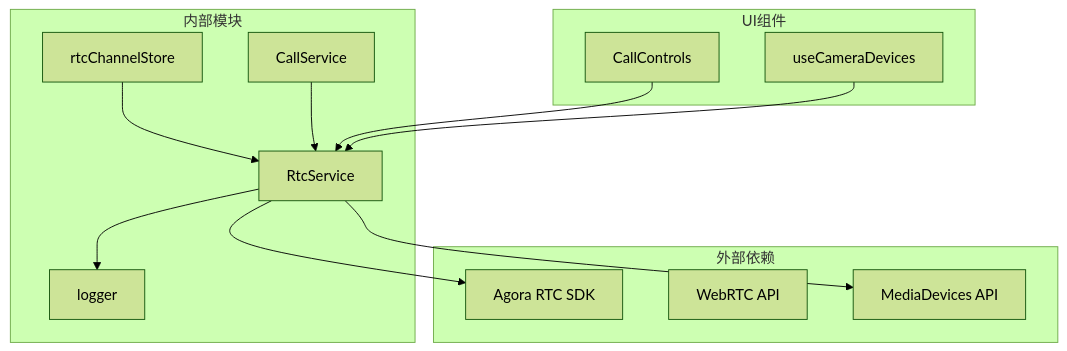
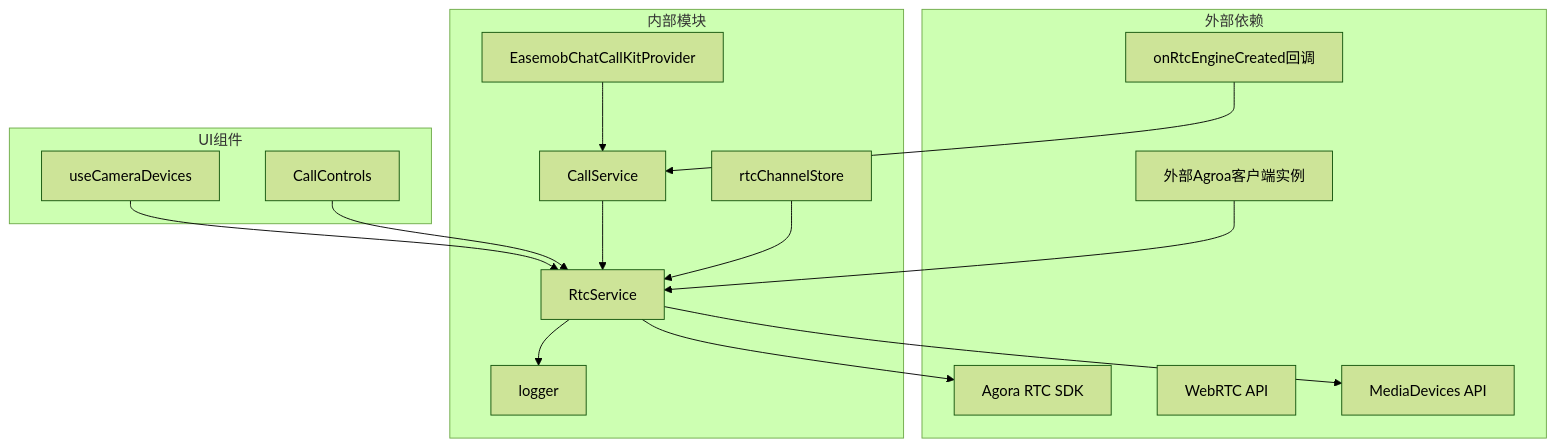
Diagram 15 of 16 in .qoder/repowiki/zh/content/服务层/音视频服务 (RtcService).md (Easemob-Community/easemob-uikit-callkit-vue3), drawn with Mermaid (forest theme) before and after one commit. The commit also changed other lines of this file and 6 other files, not shown here.

````diff
--- a/.qoder/repowiki/zh/content/服务层/音视频服务 (RtcService).md
+++ b/.qoder/repowiki/zh/content/服务层/音视频服务 (RtcService).md
@@ -470,25 +592,31 @@
 ```mermaid
 graph TB
 subgraph "外部依赖"
 Agora[Agora RTC SDK]
 WebRTC[WebRTC API]
 MediaDevices[MediaDevices API]
+ExternalClient[外部Agroa客户端实例]
+onRtcEngineCreated[onRtcEngineCreated回调]
 end
 subgraph "内部模块"
 RtcService[RtcService]
 RtcChannelStore[rtcChannelStore]
 CallService[CallService]
 Logger[logger]
+EasemobProvider[EasemobChatCallKitProvider]
 end
 subgraph "UI组件"
 CallControls[CallControls]
 useCameraDevices[useCameraDevices]
 end
 RtcService --> Agora
 RtcService --> MediaDevices
 RtcChannelStore --> RtcService
 CallService --> RtcService
 CallControls --> RtcService
 useCameraDevices --> RtcService
 RtcService --> Logger
+EasemobProvider --> CallService
+ExternalClient --> RtcService
+onRtcEngineCreated --> CallService
 ```
````
